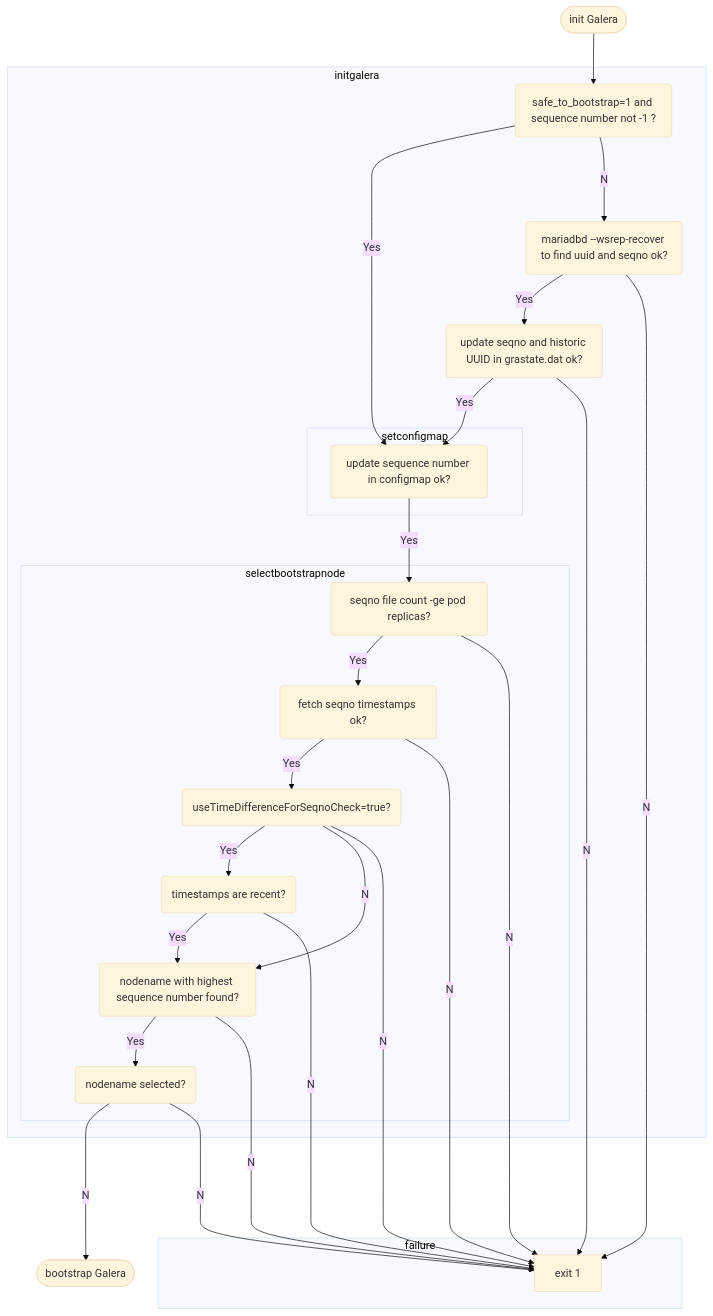
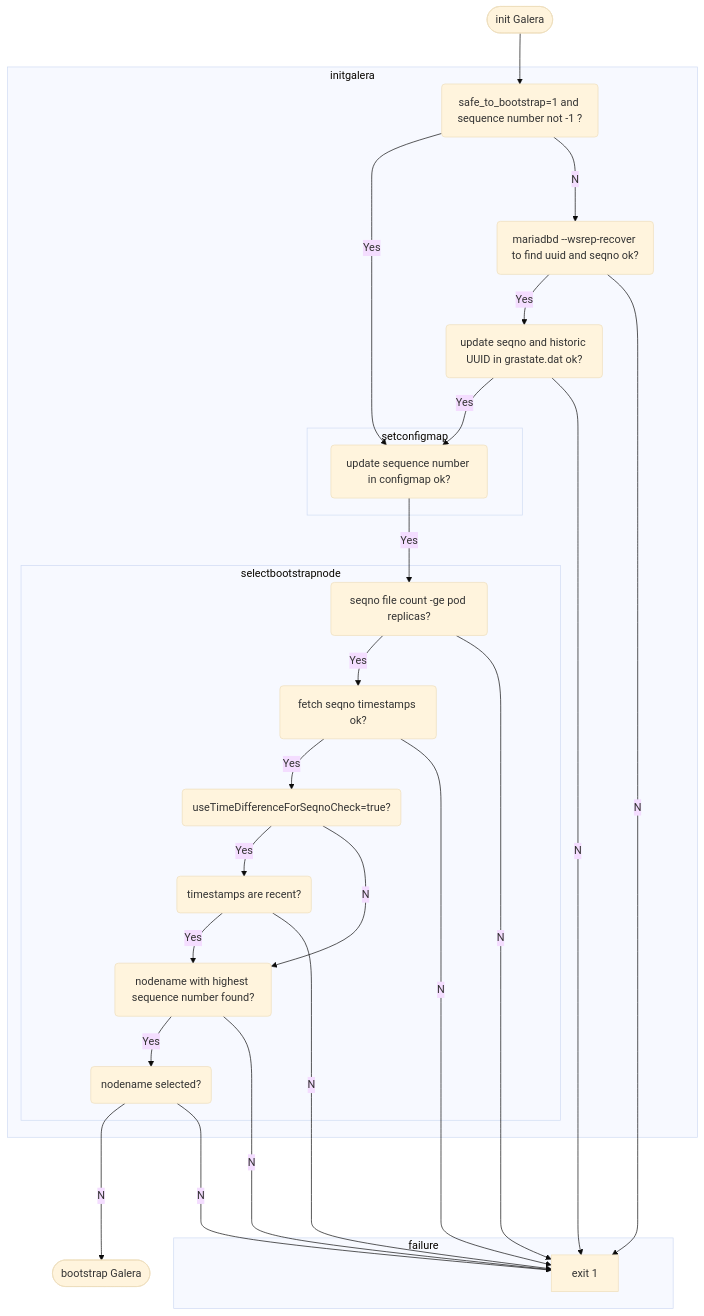
One commit to sapcc/helm-charts changed the fourth of 5 diagrams in common/mariadb-galera/README.md. Above: the diagram before and after it, drawn with Mermaid (base theme).

Commit message:
next fix

````diff
--- a/common/mariadb-galera/README.md
+++ b/common/mariadb-galera/README.md
@@ -131,25 +131,25 @@
 ```mermaid
 flowchart TB;
   id1([init Galera])-->id2;
   subgraph idsub1 [initgalera]
     id2(safe_to_bootstrap=1 and sequence number not -1 ?)--Yes-->id3;
     subgraph idsub2 [setconfigmap]
       id3(update sequence number in configmap ok?);
     end
     subgraph idsub3 [selectbootstrapnode]
       id3--Yes-->id4(seqno file count -ge pod replicas?);
       id4--Yes-->id5(fetch seqno timestamps ok?);
       id5--Yes-->id6(useTimeDifferenceForSeqnoCheck=true?);
       id6--Yes-->id7(timestamps are recent?);
       id6--No-->id8;
       id7--Yes-->id8(nodename with highest sequence number found?);
       id8--Yes-->id9(nodename selected?);
     end
     id2--No-->id10(mariadbd --wsrep-recover to find uuid and seqno ok?);
     id10--Yes-->id11(update seqno and historic UUID in grastate.dat ok?)--Yes-->id3;
   end
   id9--No-->id13([bootstrap Galera]);
   subgraph failure
-    id4 & id5 & id6 & id7 & id8 & id9 & id10 & id11--No-->id666[exit 1];
+    id4 & id5 & id7 & id8 & id9 & id10 & id11--No-->id666[exit 1];
   end
 ```
````
